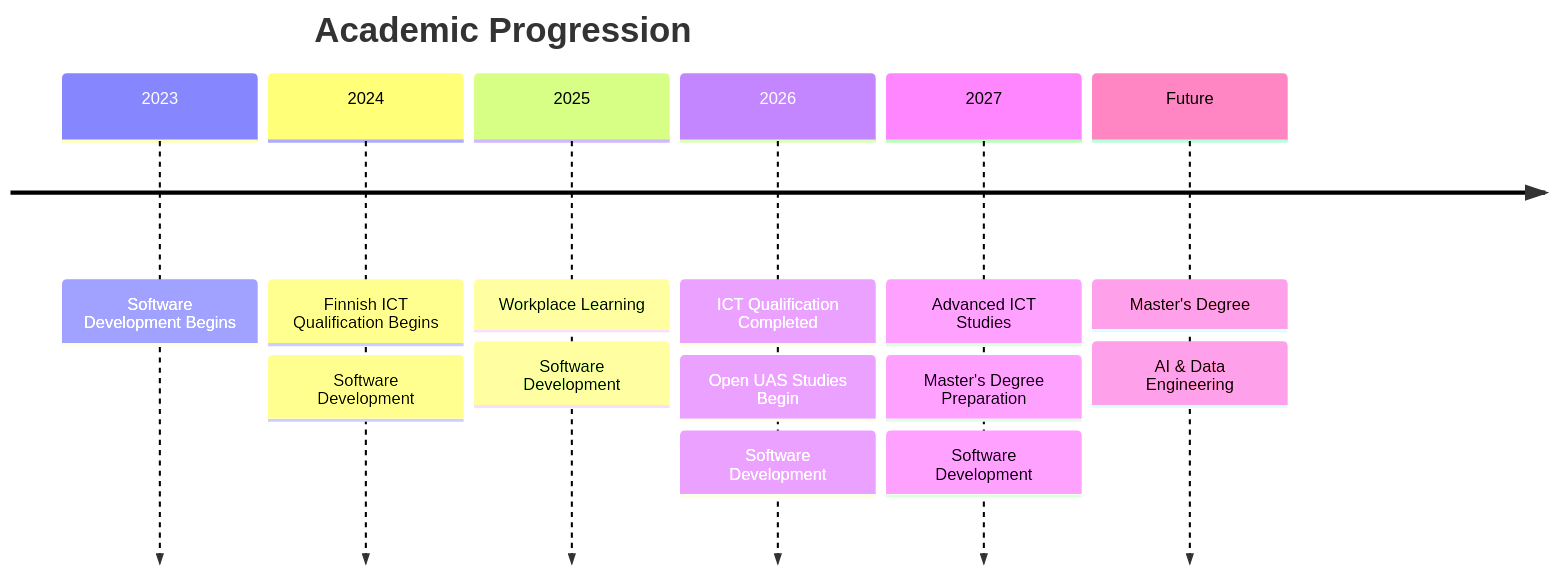
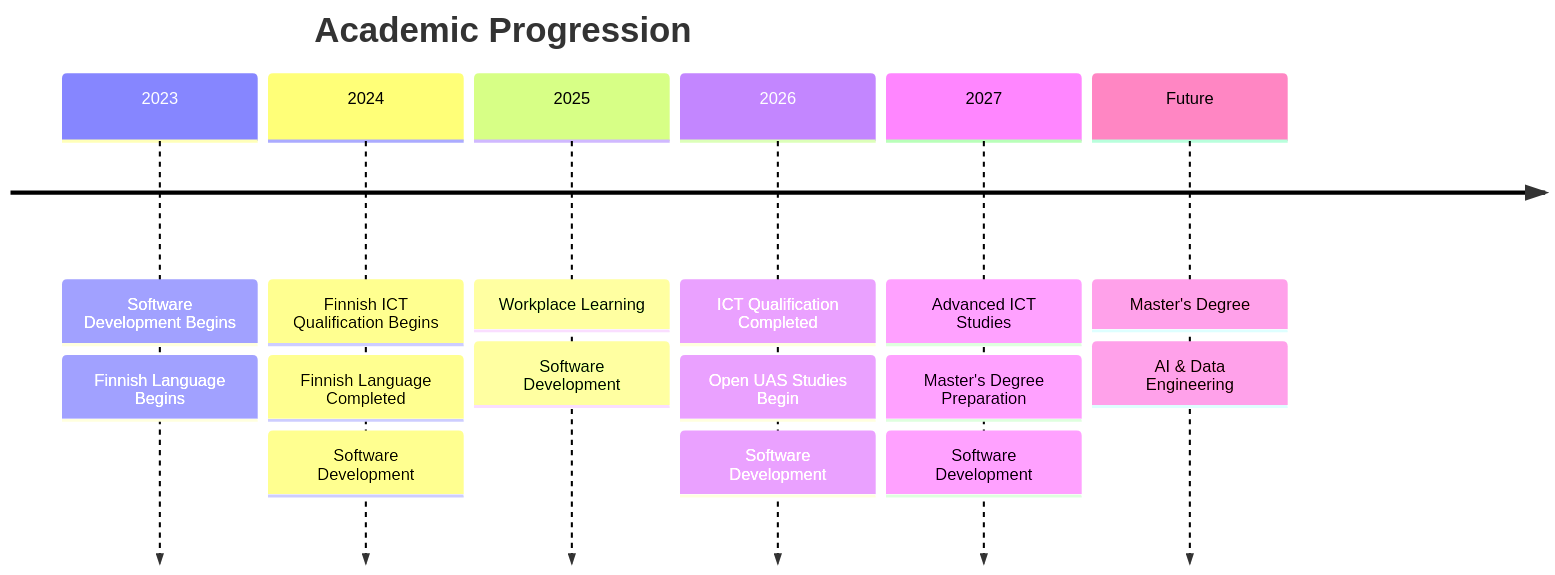
Before and after one commit to romafin11/roma-jaiswal-portfolio: the fourth of 4 diagrams in education/metropolia.md, drawn with Mermaid.

````diff
--- a/education/metropolia.md
+++ b/education/metropolia.md
@@ -240,24 +240,26 @@
 ```mermaid
 timeline
 
 title Academic Progression
 
 2023 : Software Development Begins
+     : Finnish Language Begins
 
 2024 : Finnish ICT Qualification Begins
+     : Finnish Language Completed
      : Software Development 
 
 2025 : Workplace Learning
      : Software Development
 
 2026 : ICT Qualification Completed
      : Open UAS Studies Begin
      : Software Development
 
 2027 : Advanced ICT Studies
      : Master's Degree Preparation
      : Software Development
 
 Future : Master's Degree
        : AI & Data Engineering
 ```
````
